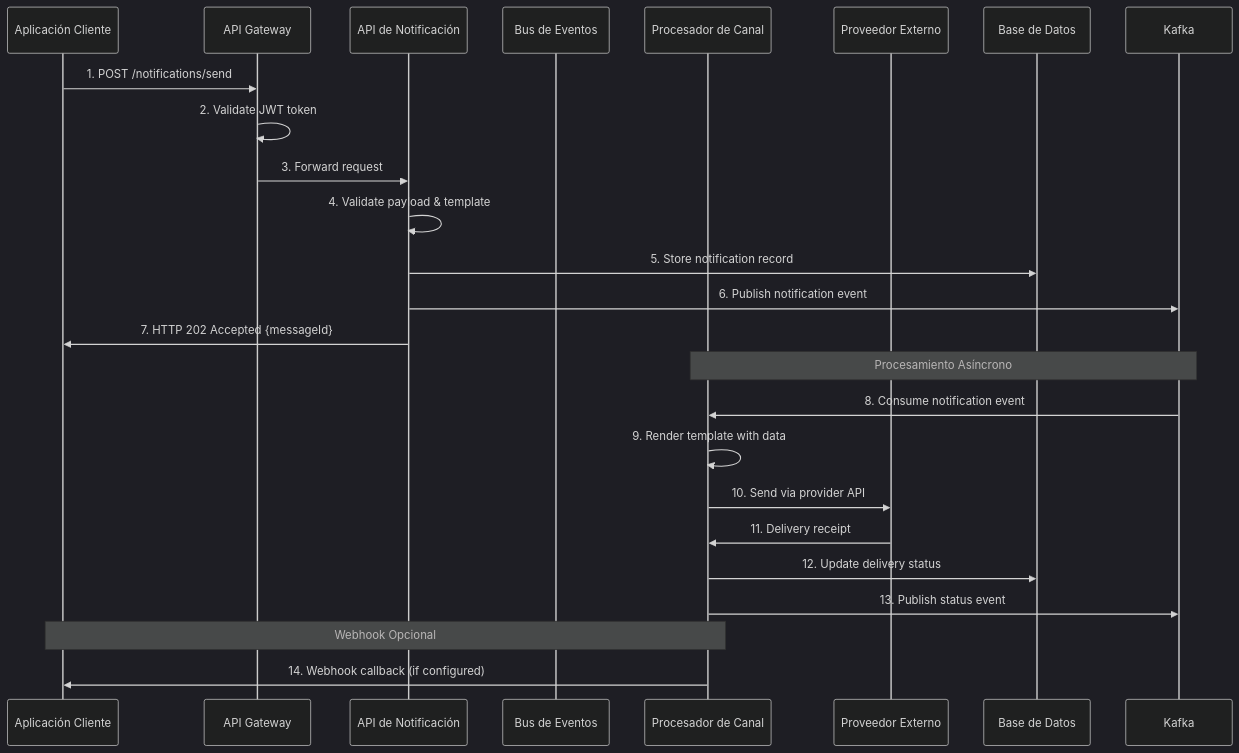
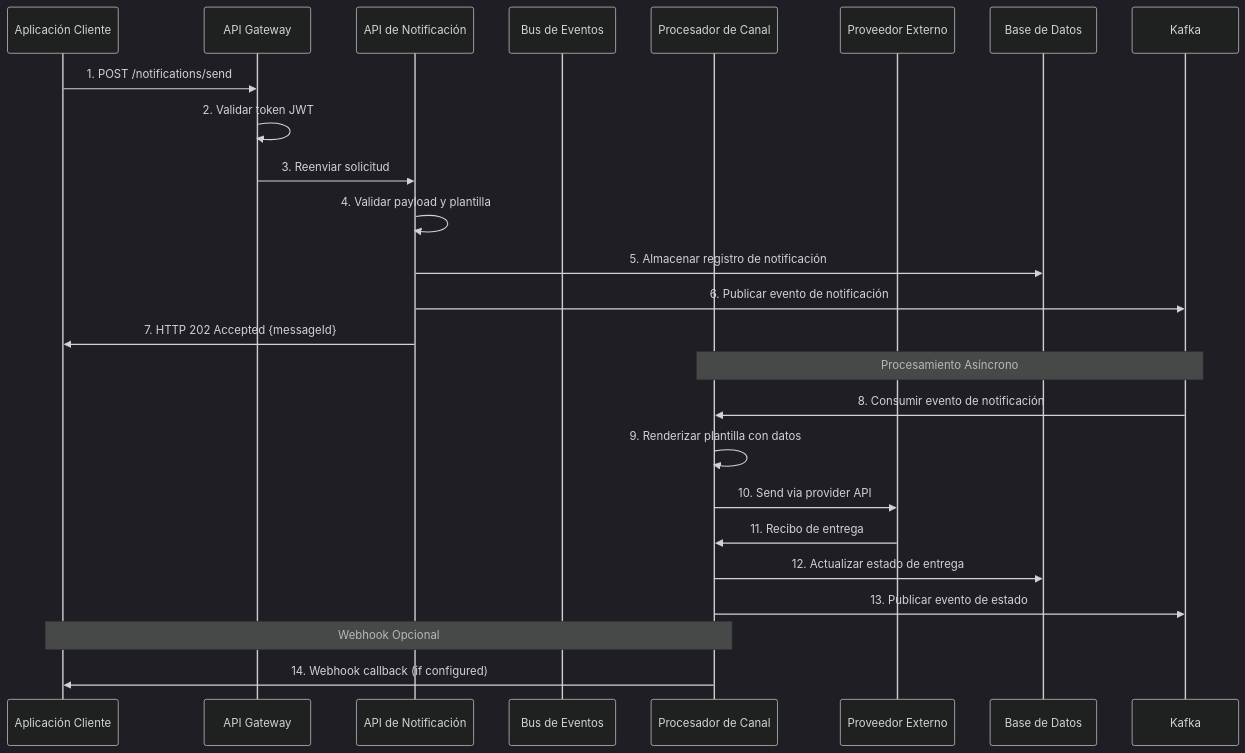
The first of 11 diagrams in docs/servicio-notificacion/06-vista-tiempo-ejecucion.md (jclemente-tlm/tlm-arq-servicios-corporativos), drawn with Mermaid (dark theme) before and after one commit. The commit also changed other lines of this file and 69 other files, not shown here.

````diff
--- a/docs/servicio-notificacion/06-vista-tiempo-ejecucion.md
+++ b/docs/servicio-notificacion/06-vista-tiempo-ejecucion.md
@@ -22,30 +22,30 @@
 ```mermaid
 sequenceDiagram
     participant App as Aplicación Cliente
     participant Gateway as API Gateway
     participant API as API de Notificación
     participant EventBus as Bus de Eventos
     participant Processor as Procesador de Canal
     participant Provider as Proveedor Externo
     participant DB as Base de Datos
 
     App->>Gateway: 1. POST /notifications/send
-    Gateway->>Gateway: 2. Validate JWT token
-    Gateway->>API: 3. Forward request
+    Gateway->>Gateway: 2. Validar token JWT
+    Gateway->>API: 3. Reenviar solicitud
 
-    API->>API: 4. Validate payload & template
-    API->>DB: 5. Store notification record
-    API->>Kafka: 6. Publish notification event
+    API->>API: 4. Validar payload y plantilla
+    API->>DB: 5. Almacenar registro de notificación
+    API->>Kafka: 6. Publicar evento de notificación
     API->>App: 7. HTTP 202 Accepted {messageId}
 
     Note over Kafka,Processor: Procesamiento Asíncrono
-    Kafka->>Processor: 8. Consume notification event
-    Processor->>Processor: 9. Render template with data
+    Kafka->>Processor: 8. Consumir evento de notificación
+    Processor->>Processor: 9. Renderizar plantilla con datos
     Processor->>Provider: 10. Send via provider API
-    Provider->>Processor: 11. Delivery receipt
-    Processor->>DB: 12. Update delivery status
-    Processor->>Kafka: 13. Publish status event
+    Provider->>Processor: 11. Recibo de entrega
+    Processor->>DB: 12. Actualizar estado de entrega
+    Processor->>Kafka: 13. Publicar evento de estado
 
     Note over Processor,App: Webhook Opcional
     Processor->>App: 14. Webhook callback (if configured)
 ```
````
